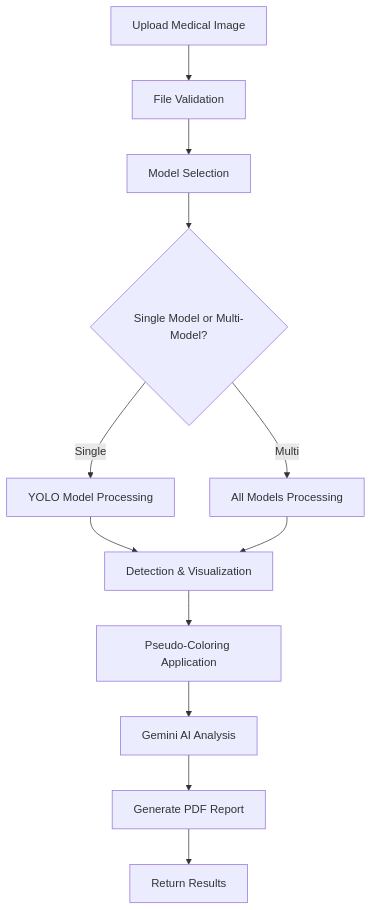
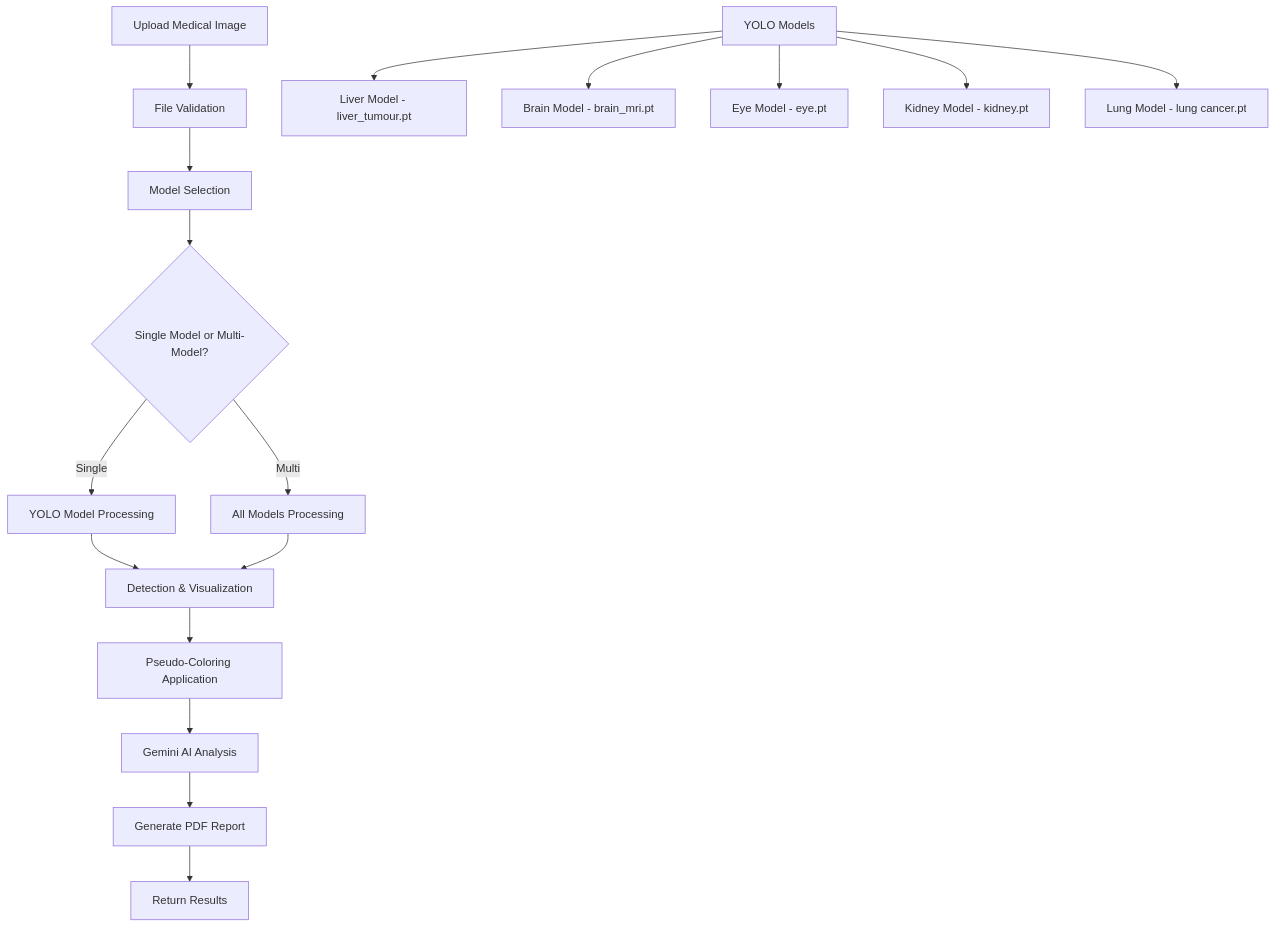
Before and after one commit to kknani24/medicure-ai-: the diagram in README.md, drawn with Mermaid.

````diff
--- a/README.md
+++ b/README.md
@@ -75,14 +75,20 @@
 ```mermaid
 graph TD
     A[Upload Medical Image] --> B[File Validation]
     B --> C[Model Selection]
     C --> D{Single Model or Multi-Model?}
     D -->|Single| E[YOLO Model Processing]
     D -->|Multi| F[All Models Processing]
     E --> G[Detection & Visualization]
     F --> G
     G --> H[Pseudo-Coloring Application]
     H --> I[Gemini AI Analysis]
     I --> J[Generate PDF Report]
     J --> K[Return Results]
- ```   
+ 
+    L[YOLO Models] --> M[Liver Model - liver_tumour.pt]
+    L --> N[Brain Model - brain_mri.pt]
+    L --> O[Eye Model - eye.pt]
+    L --> P[Kidney Model - kidney.pt]
+    L --> Q[Lung Model - lung cancer.pt]
+```
````
